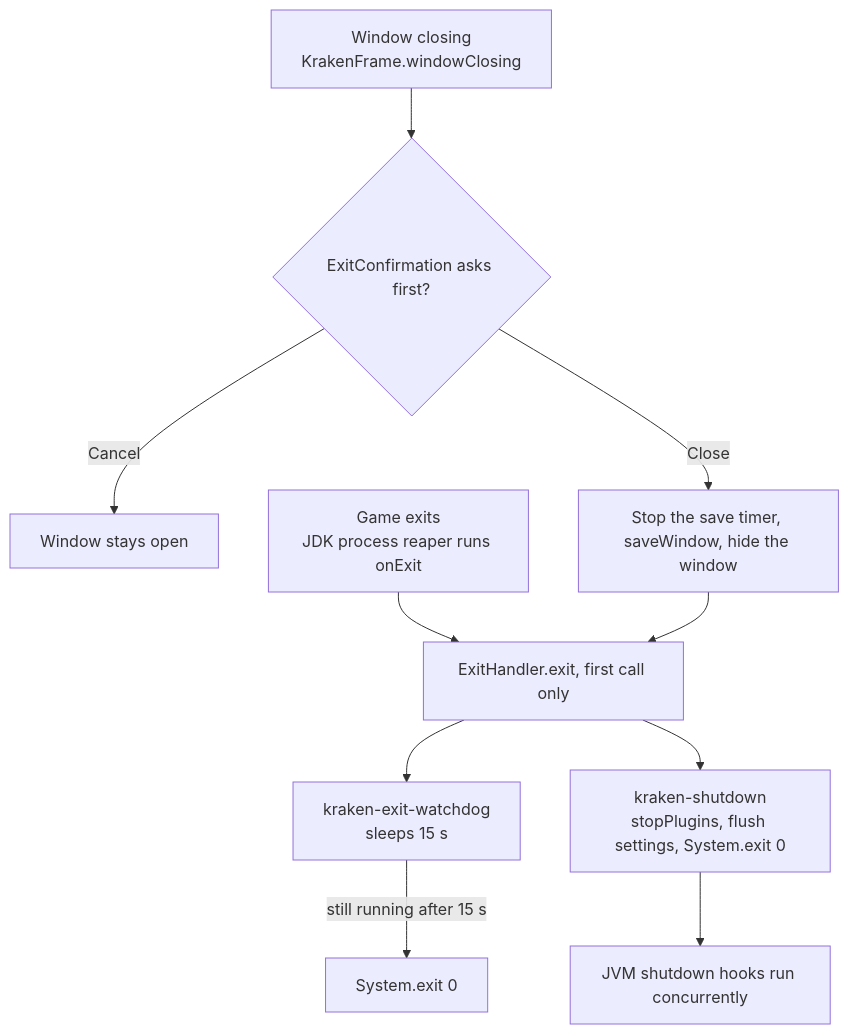
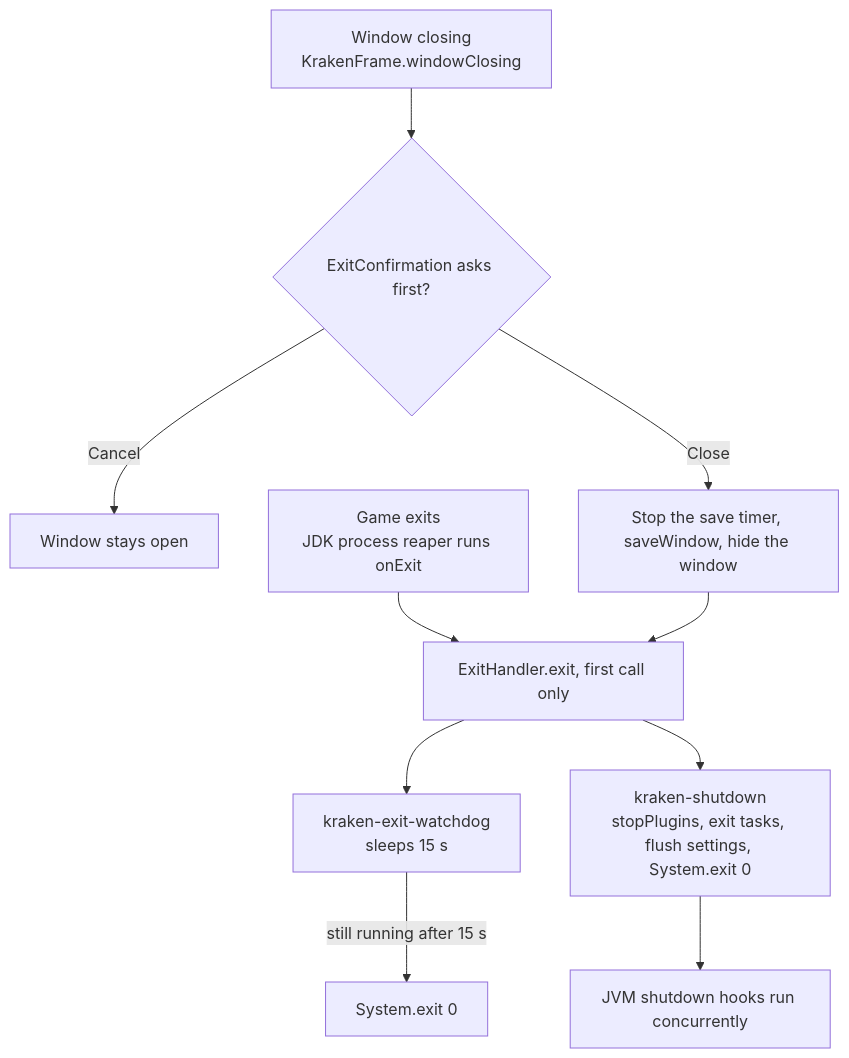
Before and after one commit to Kraken-Plugins/kraken-native: the tenth of 11 diagrams in docs/developer/client.md, drawn with Mermaid. The commit also changed other lines of this file and 107 other files, not shown here.

Commit message:
fix: Poll loop errors, attach leak, exit flush

````diff
--- a/docs/developer/client.md
+++ b/docs/developer/client.md
@@ -778,12 +778,12 @@
 ```mermaid
 flowchart TD
     CLOSE["Window closing<br/>KrakenFrame.windowClosing"] --> ASK{"ExitConfirmation asks first?"}
     ASK -->|"Cancel"| KEEP["Window stays open"]
     ASK -->|"Close"| SAVE["Stop the save timer, saveWindow, hide the window"]
     GAME["Game exits<br/>JDK process reaper runs onExit"] --> EXIT
     SAVE --> EXIT["ExitHandler.exit, first call only"]
     EXIT --> WD["kraken-exit-watchdog<br/>sleeps 15 s"]
-    EXIT --> SD["kraken-shutdown<br/>stopPlugins, flush settings, System.exit 0"]
+    EXIT --> SD["kraken-shutdown<br/>stopPlugins, exit tasks, flush settings, System.exit 0"]
     WD -->|"still running after 15 s"| FORCE["System.exit 0"]
     SD --> HOOKS["JVM shutdown hooks run concurrently"]
 ```
````
